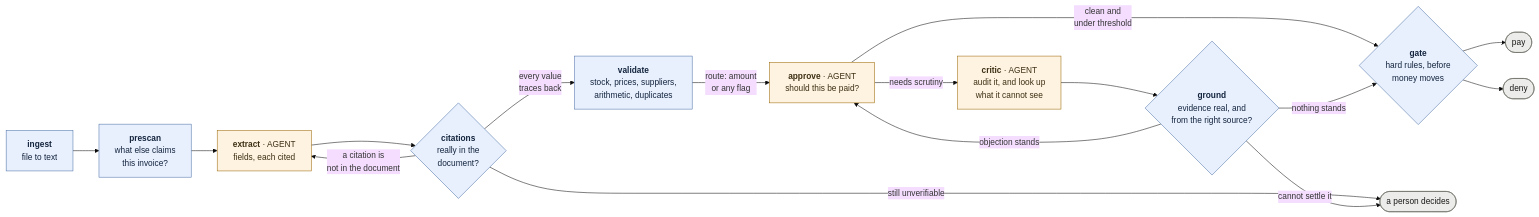
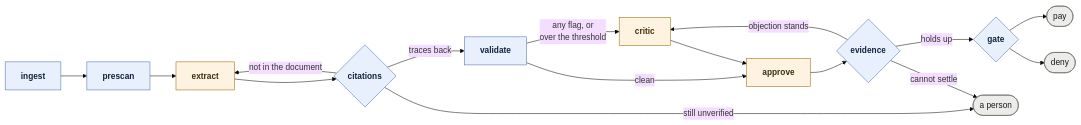
Before and after one commit to francis-bond/multi-agent-invoice-processing: the diagram in README.md, drawn with Mermaid (base theme). The commit also changed other lines of this file, not shown here.

Commit message:
Put the diagram's detail in prose, not in its boxes
Twelve nodes carrying three lines of label each rendered small enough to be
unreadable at GitHub's default zoom. The boxes now name the stage and the prose
underneath says what each does, which is also easier to keep accurate.

````diff
--- a/README.md
+++ b/README.md
@@ -174,36 +174,35 @@
 ```mermaid
 flowchart LR
-    ingest["<b>ingest</b><br/>file to text"]
-    prescan["<b>prescan</b><br/>what else claims<br/>this invoice?"]
-    extract["<b>extract</b> · AGENT<br/>fields, each cited"]
-    cite{"<b>citations</b><br/>really in the<br/>document?"}
-    validate["<b>validate</b><br/>stock, prices, suppliers,<br/>arithmetic, duplicates"]
-    approve["<b>approve</b> · AGENT<br/>should this be paid?"]
-    critic["<b>critic</b> · AGENT<br/>audit it, and look up<br/>what it cannot see"]
-    ground{"<b>ground</b><br/>evidence real, and<br/>from the right source?"}
-    gate{"<b>gate</b><br/>hard rules, before<br/>money moves"}
+    ingest["<b>ingest</b>"]
+    prescan["<b>prescan</b>"]
+    extract["<b>extract</b>"]
+    cite{"<b>citations</b>"}
+    validate["<b>validate</b>"]
+    approve["<b>approve</b>"]
+    critic["<b>critic</b>"]
+    ground{"<b>evidence</b>"}
+    gate{"<b>gate</b>"}
     pay(["pay"])
     deny(["deny"])
-    human(["a person decides"])
+    human(["a person"])
 
     ingest --> prescan --> extract --> cite
-    cite -->|"a citation is<br/>not in the document"| extract
-    cite -->|"still unverifiable"| human
-    cite -->|"every value<br/>traces back"| validate
-    validate -->|"route: amount<br/>or any flag"| approve
-    approve -->|"clean and<br/>under threshold"| gate
-    approve -->|"needs scrutiny"| critic
-    critic --> ground
-    ground -->|"nothing stands"| gate
-    ground -->|"objection stands"| approve
-    ground -->|"cannot settle it"| human
+    cite -->|"not in the document"| extract
+    cite -->|"still unverified"| human
+    cite -->|"traces back"| validate
+    validate -->|"any flag, or<br/>over the threshold"| critic
+    validate -->|"clean"| approve
+    critic --> approve --> ground
+    ground -->|"holds up"| gate
+    ground -->|"objection stands"| critic
+    ground -->|"cannot settle"| human
     gate --> pay
     gate --> deny
 
     classDef code fill:#e8f0fe,stroke:#4a6fa5,color:#13243d
     classDef agent fill:#fdf3e0,stroke:#9a6400,color:#3d2f13
     classDef terminal fill:#ececea,stroke:#6b6b64,color:#1a1a18
     class ingest,prescan,validate,cite,ground,gate code
     class extract,approve,critic agent
     class pay,deny,human terminal
 ```
````
